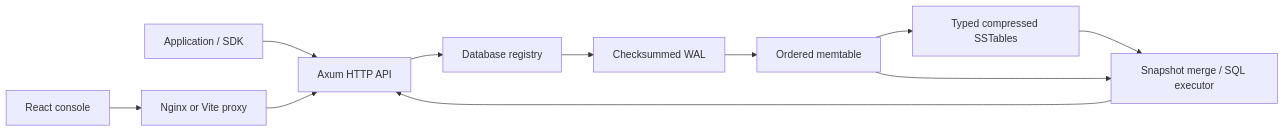
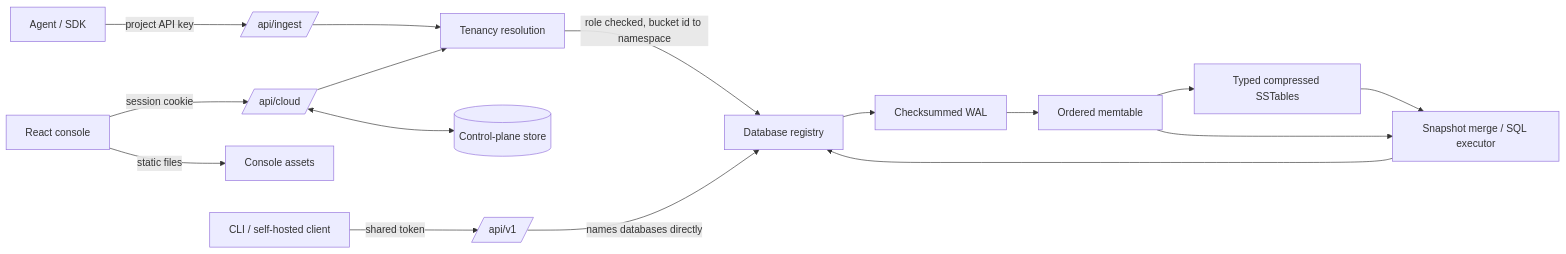
One commit to ShravanJanwade/FluxDB changed the diagram in docs/ARCHITECTURE.md. Above: the diagram before and after it, drawn with Mermaid. The commit also changed other lines of this file and 22 other files, not shown here.

````diff
--- a/docs/ARCHITECTURE.md
+++ b/docs/ARCHITECTURE.md
@@ -5,13 +8,18 @@
 ```mermaid
 flowchart LR
-  App[Application / SDK] --> HTTP[Axum HTTP API]
-  Browser[React console] --> Proxy[Nginx or Vite proxy]
-  Proxy --> HTTP
-  HTTP --> Engine[Database registry]
+  Agent[Agent / SDK] -->|project API key| Ingest[/api/ingest/]
+  Browser[React console] -->|session cookie| Cloud[/api/cloud/]
+  Browser -->|static files| Static[Console assets]
+  CLI[CLI / self-hosted client] -->|shared token| V1[/api/v1/]
+  Ingest --> Tenancy[Tenancy resolution]
+  Cloud --> Tenancy
+  Tenancy -->|role checked, bucket id to namespace| Engine[Database registry]
+  V1 -->|names databases directly| Engine
+  Cloud <--> Meta[(Control-plane store)]
   Engine --> WAL[Checksummed WAL]
   WAL --> Mem[Ordered memtable]
   Mem --> SST[Typed compressed SSTables]
   SST --> Query[Snapshot merge / SQL executor]
   Mem --> Query
-  Query --> HTTP
+  Query --> Engine
 ```
````
